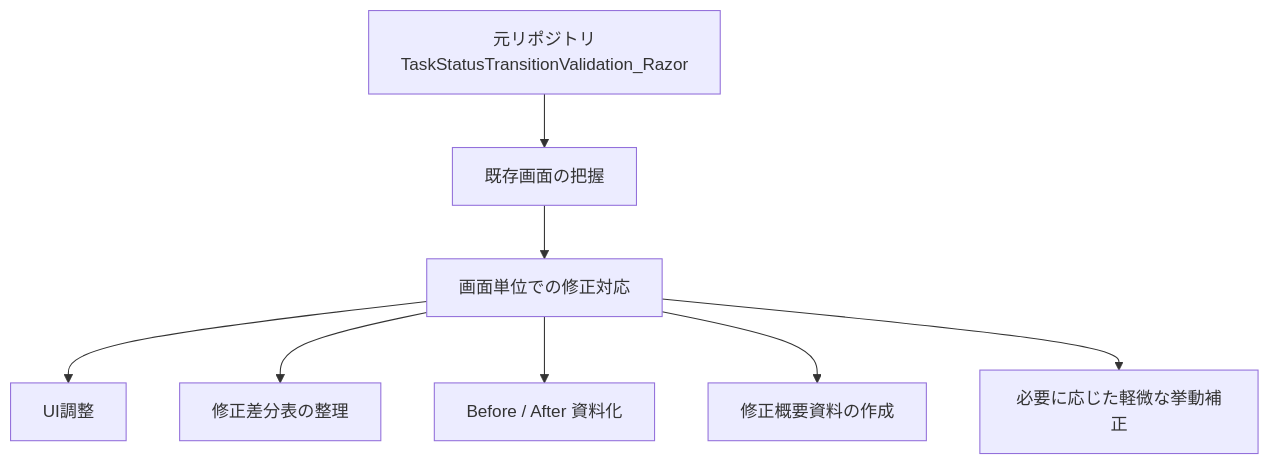
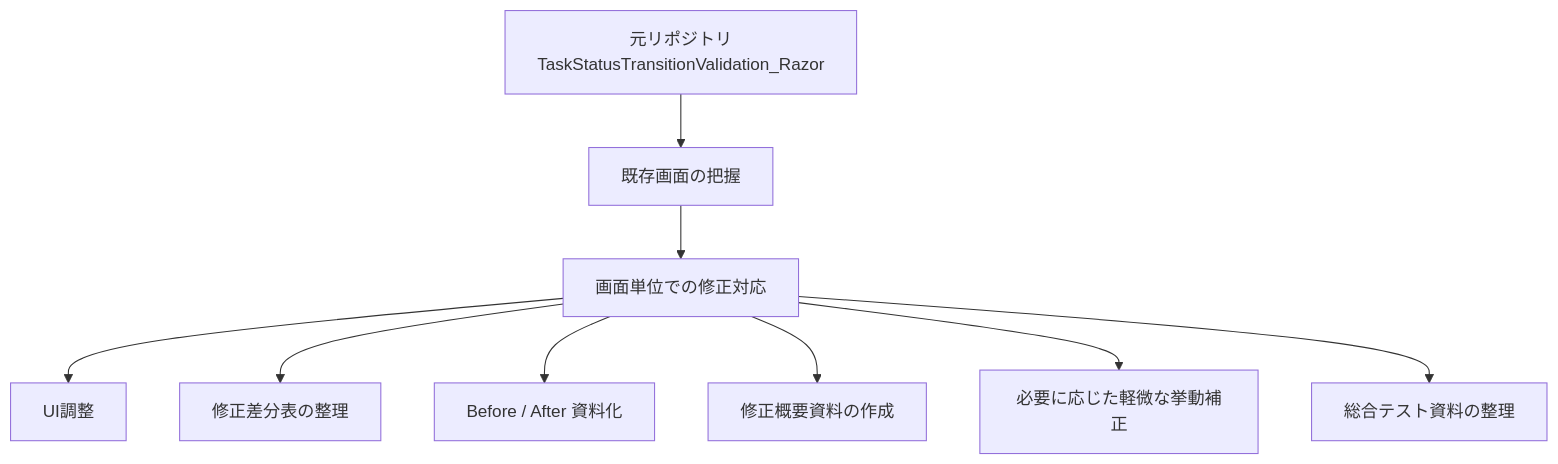
One commit to fewioaghwrao/TaskStatusTransitionValidation-RazorPages changed the diagram in README.md. Above: the diagram before and after it, drawn with Mermaid. The commit also changed other lines of this file, not shown here.

````diff
--- a/README.md
+++ b/README.md
@@ -35,10 +35,11 @@
 ```mermaid
 flowchart TD
     A[元リポジトリ<br/>TaskStatusTransitionValidation_Razor] --> B[既存画面の把握]
     B --> C[画面単位での修正対応]
     C --> D[UI調整]
     C --> E[修正差分表の整理]
     C --> F[Before / After 資料化]
     C --> G[修正概要資料の作成]
     C --> H[必要に応じた軽微な挙動補正]
+    C --> I[総合テスト資料の整理]
 ```
````
